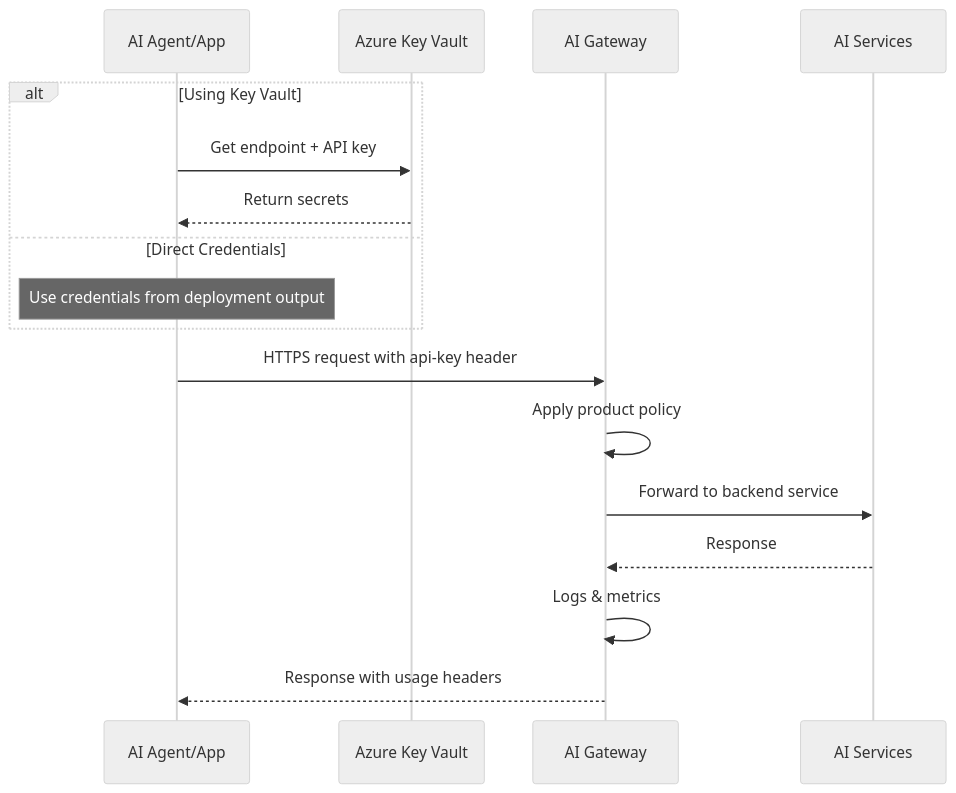
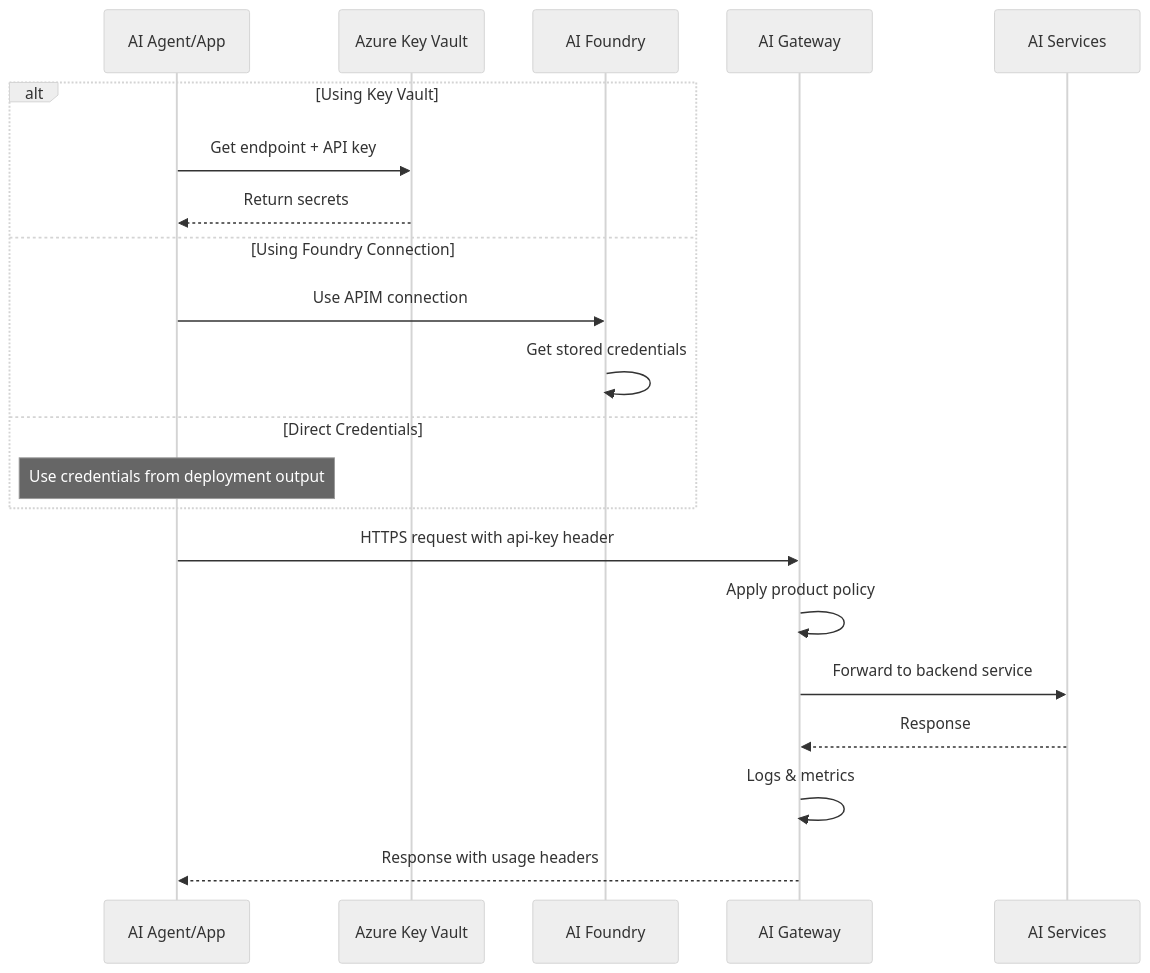
Before and after one commit to MSBrett/ai-hub-gateway-solution-accelerator: the second of 2 diagrams in bicep/infra/citadel-access-contracts/README.md, drawn with Mermaid (neutral theme). The commit also changed other lines of this file and 11 other files, not shown here.

````diff
--- a/bicep/infra/citadel-access-contracts/README.md
+++ b/bicep/infra/citadel-access-contracts/README.md
@@ -89,21 +98,25 @@
 ```mermaid
 sequenceDiagram
     participant App as AI Agent/App
     participant KV as Azure Key Vault
+    participant Foundry as AI Foundry
     participant APIM as AI Gateway
     participant AI as AI Services
 
     alt Using Key Vault
         App->>KV: Get endpoint + API key
         KV-->>App: Return secrets
+    else Using Foundry Connection
+        App->>Foundry: Use APIM connection
+        Foundry->>Foundry: Get stored credentials
     else Direct Credentials
         Note over App: Use credentials from deployment output
     end
     
     App->>APIM: HTTPS request with api-key header
     APIM->>APIM: Apply product policy
     APIM->>AI: Forward to backend service
     AI-->>APIM: Response
     APIM->>APIM: Logs & metrics
     APIM-->>App: Response with usage headers
 ```
````
